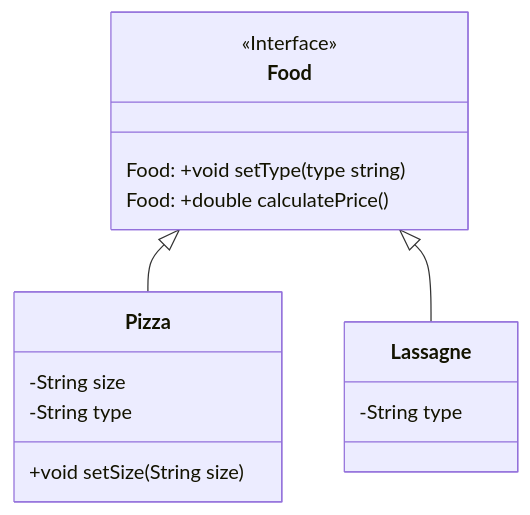
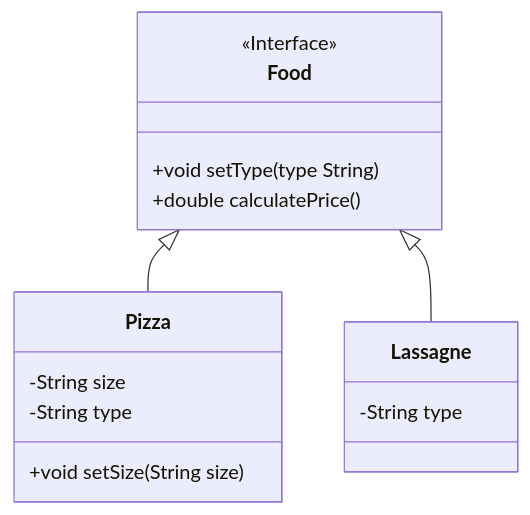
The third of 3 diagrams in UD05/UD05_EN.md (martinezpenya/ED-CFGS-2122), drawn with Mermaid before and after one commit. The commit also changed other lines of this file and 13 other files, not shown here.

````diff
--- a/UD05/UD05_EN.md
+++ b/UD05/UD05_EN.md
@@ -161,18 +160,18 @@
 ```mermaid
 classDiagram
     class Food{
-   	Food: +void setType(type string)
-   	Food: +double calculatePrice()
+   		+void setType(type String)
+   		+double calculatePrice()
     }
     <<Interface>> Food
     class Pizza{
       -String size
       -String type
       +void setSize(String size)
     }
     class Lassagne{
       -String type
     }
     Food <|-- Pizza
 	Food <|-- Lassagne    
 ```
````
